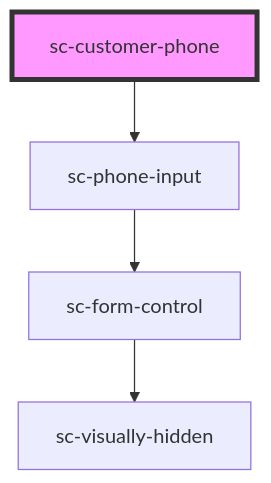
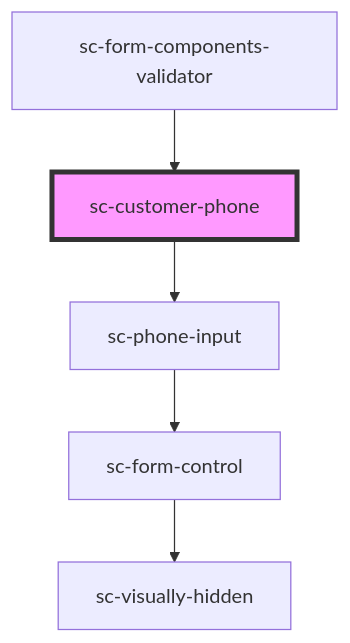
One commit to surecart/surecart-wp-plugin changed the diagram in packages/components/src/components/controllers/checkout-form/customer-phone/readme.md. Above: the diagram before and after it, drawn with Mermaid. The commit also changed other lines of this file and 4 other files, not shown here.

````diff
--- a/packages/components/src/components/controllers/checkout-form/customer-phone/readme.md
+++ b/packages/components/src/components/controllers/checkout-form/customer-phone/readme.md
@@ -59,7 +63,8 @@
 ```mermaid
 graph TD;
   sc-customer-phone --> sc-phone-input
   sc-phone-input --> sc-form-control
   sc-form-control --> sc-visually-hidden
+  sc-form-components-validator --> sc-customer-phone
   style sc-customer-phone fill:#f9f,stroke:#333,stroke-width:4px
 ```
````
